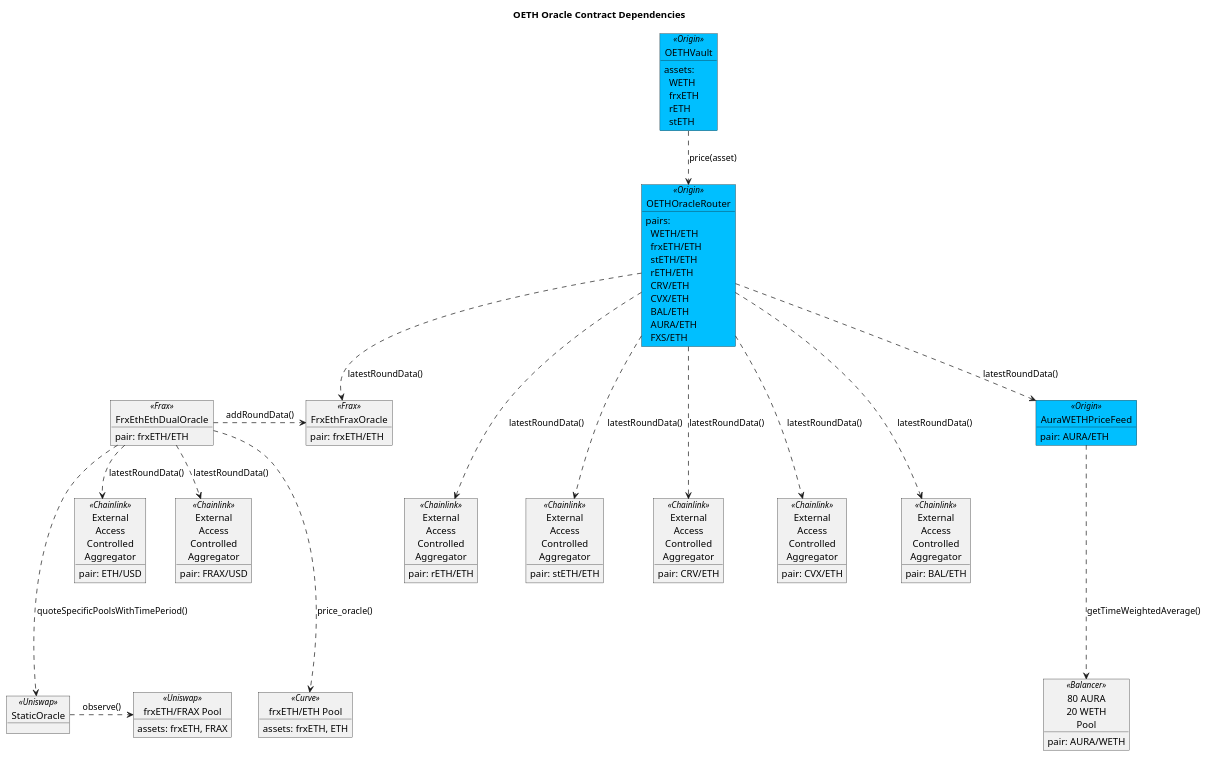
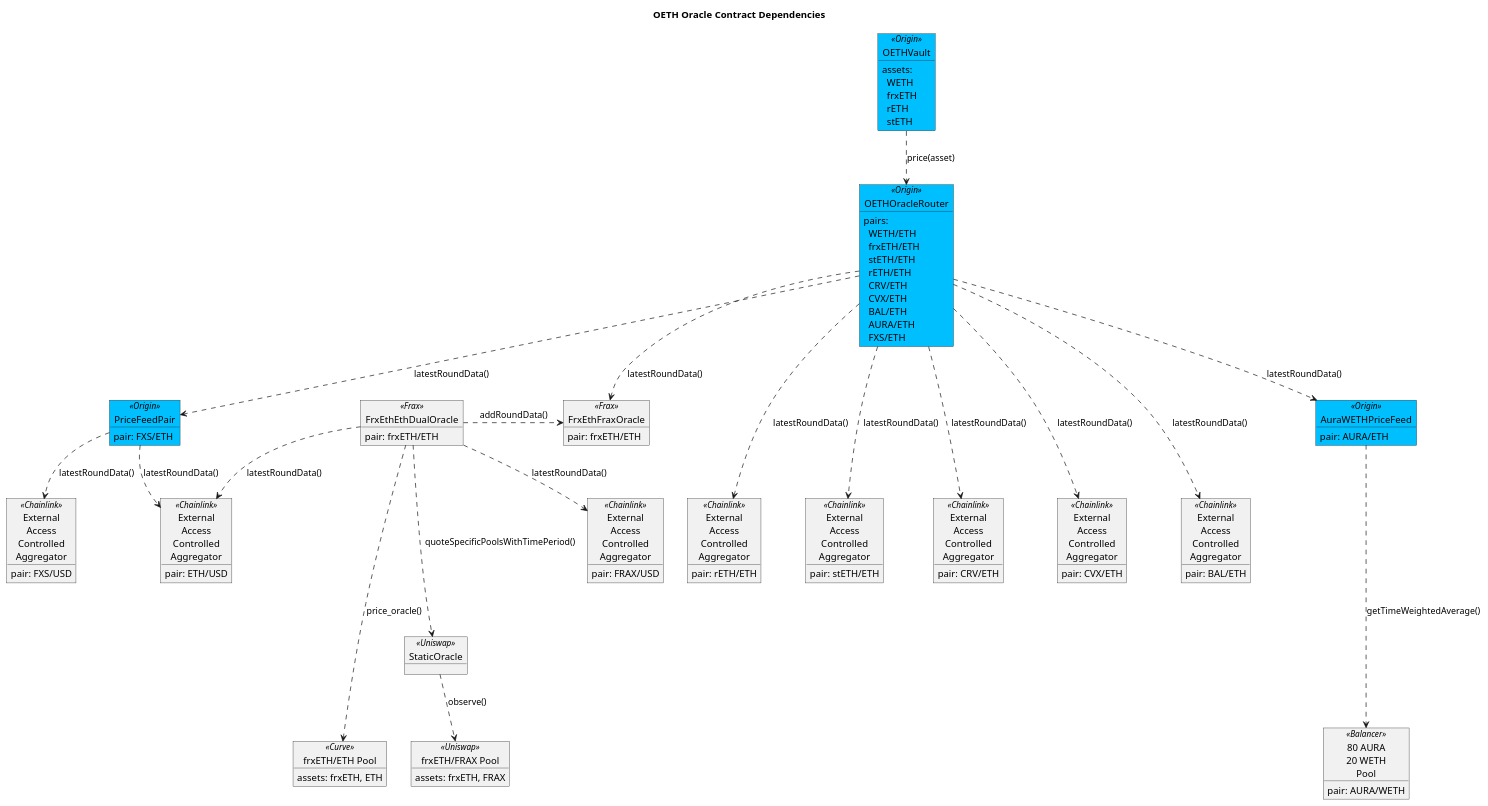
Before and after one commit to OriginProtocol/origin-dollar: the diagram in contracts/docs/plantuml/oethOracles.puml, drawn with PlantUML. The commit also changed 1 other file, not shown here.

Commit message:
Added FXS/ETH feed to Oracle contract diagram

```diff
--- a/contracts/docs/plantuml/oethOracles.puml
+++ b/contracts/docs/plantuml/oethOracles.puml
@@ -1,101 +1,110 @@
 @startuml
 
 skinparam tabSize 2
 
 title "OETH Oracle Contract Dependencies"
 
 object "OETHVault" as vault <<Origin>> #DeepSkyBlue {
 assets:
     \tWETH
     \tfrxETH
     \trETH
     \tstETH
 }
 
 object "OETHOracleRouter" as router <<Origin>> #DeepSkyBlue {
 pairs:
     \tWETH/ETH
     \tfrxETH/ETH
     \tstETH/ETH
     \trETH/ETH
     \tCRV/ETH
     \tCVX/ETH
     \tBAL/ETH
     \tAURA/ETH
     \tFXS/ETH
 }
 
 object "FrxEthFraxOracle" as fo <<Frax>> {
 pair: frxETH/ETH
 }
 
 object "FrxEthEthDualOracle" as fdo <<Frax>> {
 pair: frxETH/ETH
 }
 
 object "External\nAccess\nControlled\nAggregator" as clrETH <<Chainlink>> {
 pair: rETH/ETH
 }
 
 object "External\nAccess\nControlled\nAggregator" as clstETH <<Chainlink>> {
 pair: stETH/ETH
 }
 
 object "External\nAccess\nControlled\nAggregator" as cleth <<Chainlink>> {
 pair: ETH/USD
 }
 
 object "External\nAccess\nControlled\nAggregator" as clfrax <<Chainlink>> {
 pair: FRAX/USD
 }
 
 object "External\nAccess\nControlled\nAggregator" as clcrv <<Chainlink>> {
 pair: CRV/ETH
 }
 
 object "External\nAccess\nControlled\nAggregator" as clcvx <<Chainlink>> {
 pair: CVX/ETH
 }
 
 object "External\nAccess\nControlled\nAggregator" as clbal <<Chainlink>> {
 pair: BAL/ETH
 }
 
 object "frxETH/ETH Pool" as cp <<Curve>> {
 assets: frxETH, ETH
 }
 
 object "StaticOracle" as uso <<Uniswap>> {
 }
 
 object "frxETH/FRAX Pool" as up <<Uniswap>> {
     assets: frxETH, FRAX
 }
 
 object "AuraWETHPriceFeed" as ap <<Origin>> #DeepSkyBlue {
 pair: AURA/ETH
 }
 
-
 object "80 AURA\n20 WETH\nPool" as auraBalPool <<Balancer>> {
 pair: AURA/WETH
 }
 
+object "PriceFeedPair" as pfp <<Origin>> #DeepSkyBlue {
+pair: FXS/ETH
+}
+
+object "External\nAccess\nControlled\nAggregator" as clfxs <<Chainlink>> {
+pair: FXS/USD
+}
 
 vault ..> router : price(asset)
 router ...> clrETH : latestRoundData()
 router ...> clstETH : latestRoundData()
 router ...> clcrv : latestRoundData()
 router ...> clcvx : latestRoundData()
 router ...> clbal : latestRoundData()
 router ..> fo : latestRoundData()
 router ..> ap : latestRoundData()
+router ..> pfp : latestRoundData()
 fdo .> fo : addRoundData()
 fdo ....> cp : price_oracle()
-fdo ....> uso : quoteSpecificPoolsWithTimePeriod()
-uso .> up : observe()
+fdo ...> uso : quoteSpecificPoolsWithTimePeriod()
+uso ..> up : observe()
 fdo ..> cleth : latestRoundData()
 fdo ..> clfrax : latestRoundData()
 ap ....> auraBalPool : getTimeWeightedAverage()
+pfp ..> clfxs : latestRoundData()
+pfp ..> cleth : latestRoundData()
 
 @enduml
```
